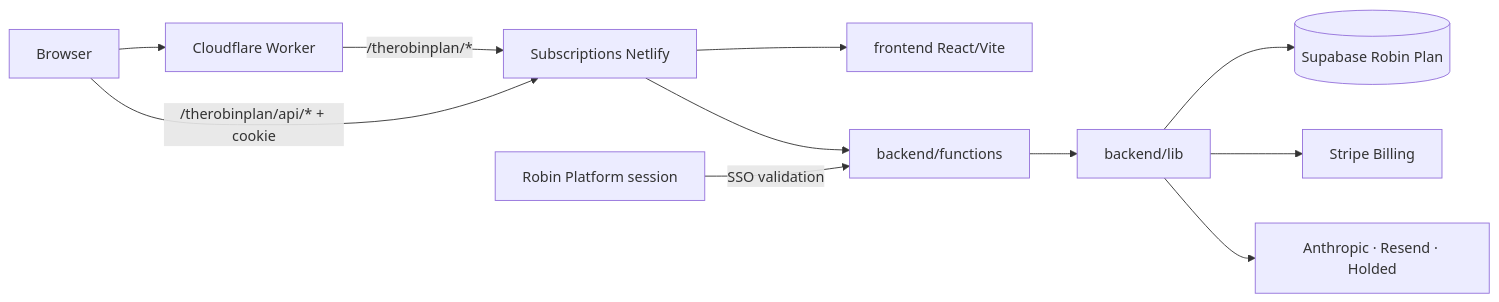
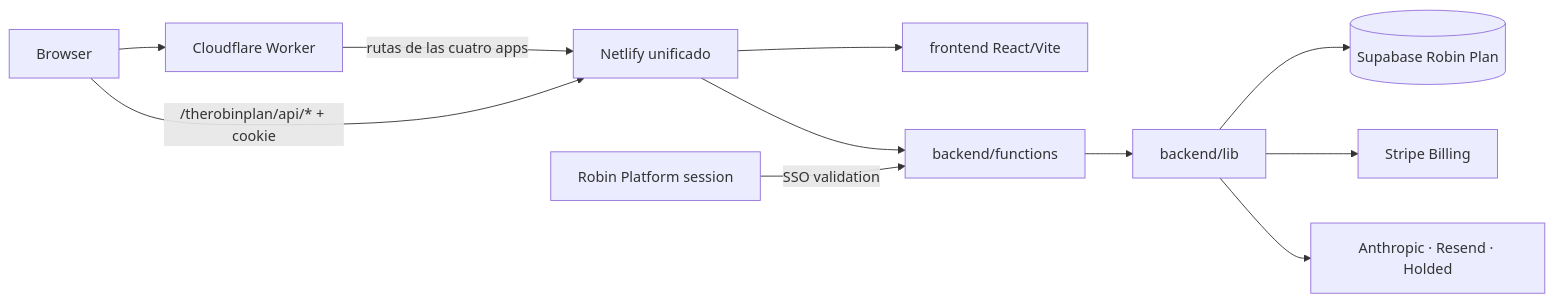
The diagram in apps/community/READMELONG.md (saantimartinn/RobinPortals), drawn with Mermaid before and after one commit. The commit also changed other lines of this file and 252 other files, not shown here.

````diff
--- a/apps/community/READMELONG.md
+++ b/apps/community/READMELONG.md
@@ -15,13 +18,13 @@
 ```mermaid
 flowchart LR
   Browser --> CF[Cloudflare Worker]
-  CF -->|/therobinplan/*| Netlify[Subscriptions Netlify]
+  CF -->|rutas de las cuatro apps| Netlify[Netlify unificado]
   Netlify --> SPA[frontend React/Vite]
   Browser -->|/therobinplan/api/* + cookie| Netlify
   Netlify --> Functions[backend/functions]
   Functions --> Lib[backend/lib]
   Lib --> DB[(Supabase Robin Plan)]
   Lib --> Stripe[Stripe Billing]
   Lib --> Providers[Anthropic · Resend · Holded]
   Platform[Robin Platform session] -->|SSO validation| Functions
 ```
````
